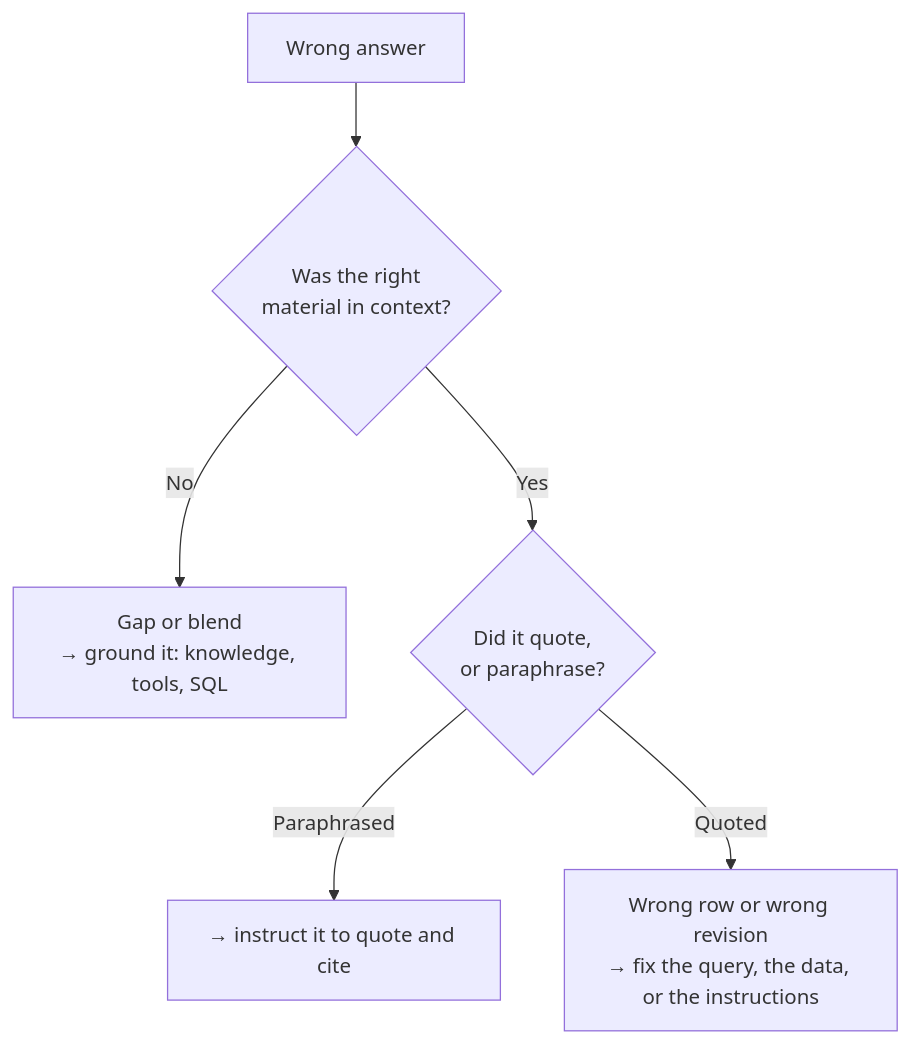
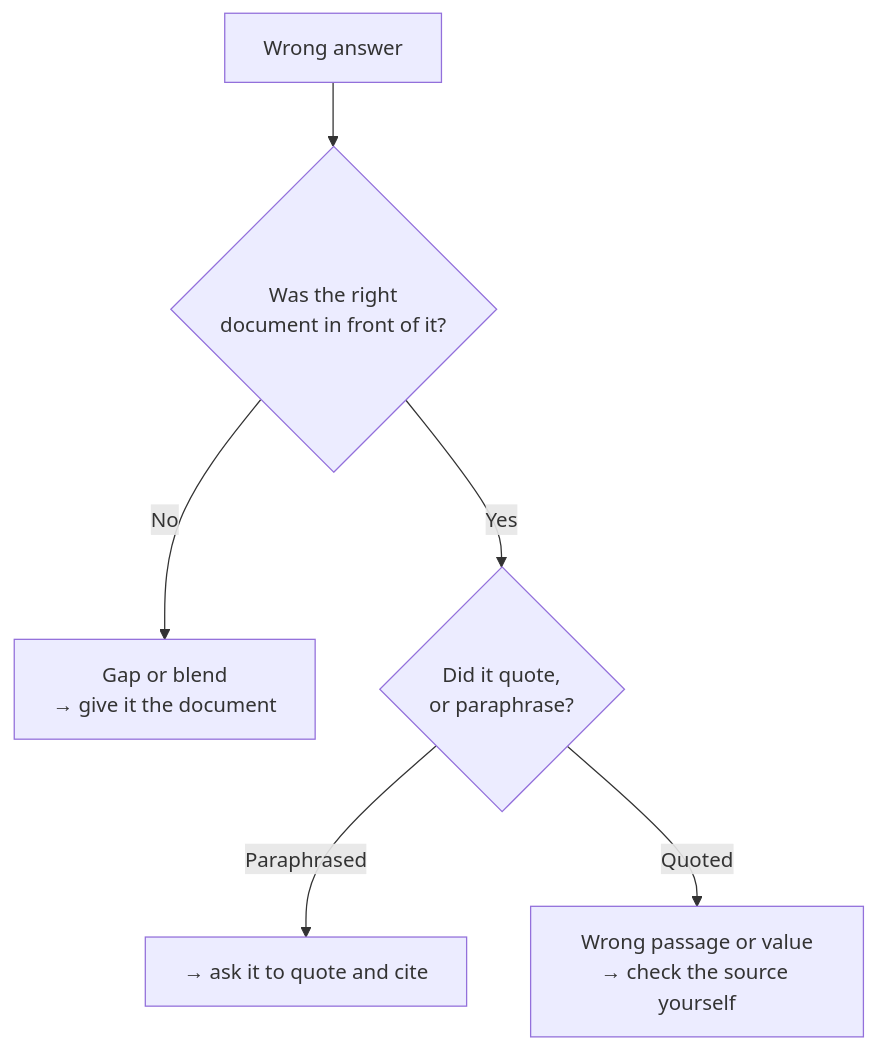
One commit to matheus-sancha/AI-Academy changed the diagram in _source/course/B1/hallucination.md. Above: the diagram before and after it, drawn with Mermaid. The commit also changed other lines of this file and 11 other files, not shown here.

````diff
--- a/_source/course/B1/hallucination.md
+++ b/_source/course/B1/hallucination.md
@@ -41,8 +31,8 @@
 ```mermaid
 flowchart TB
-  A[Wrong answer] --> B{Was the right<br/>material in context?}
-  B -- No --> C["Gap or blend<br/>→ ground it: knowledge, tools, SQL"]
+  A[Wrong answer] --> B{Was the right<br/>document in front of it?}
+  B -- No --> C["Gap or blend<br/>→ give it the document"]
   B -- Yes --> D{Did it quote,<br/>or paraphrase?}
-  D -- Paraphrased --> E["→ instruct it to quote and cite"]
-  D -- Quoted --> F["Wrong row or wrong revision<br/>→ fix the query, the data, or the instructions"]
+  D -- Paraphrased --> E["→ ask it to quote and cite"]
+  D -- Quoted --> F["Wrong passage or value<br/>→ check the source yourself"]
 ```
````
